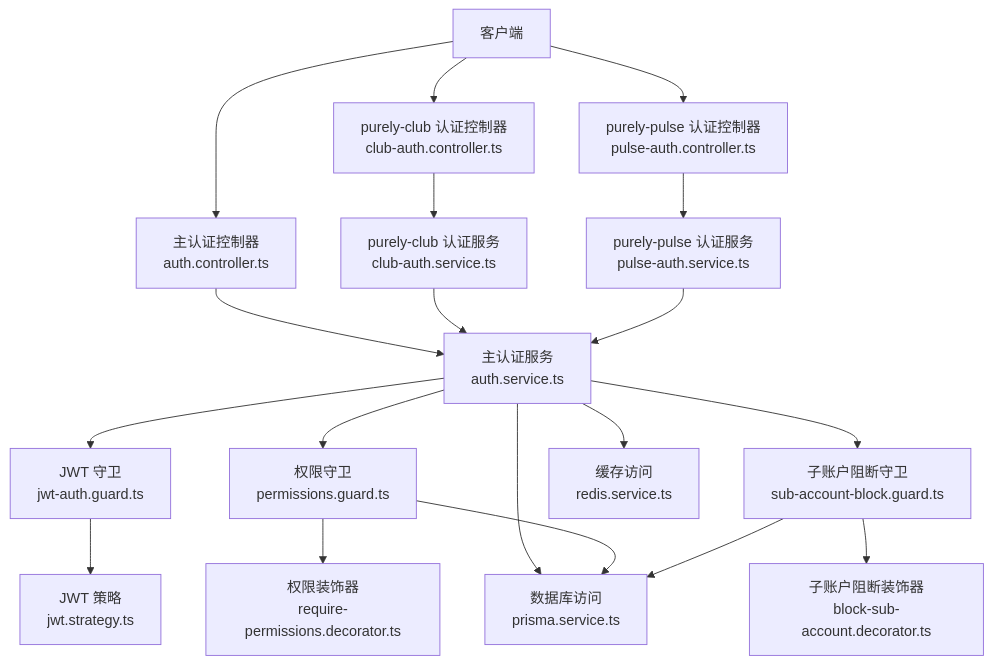
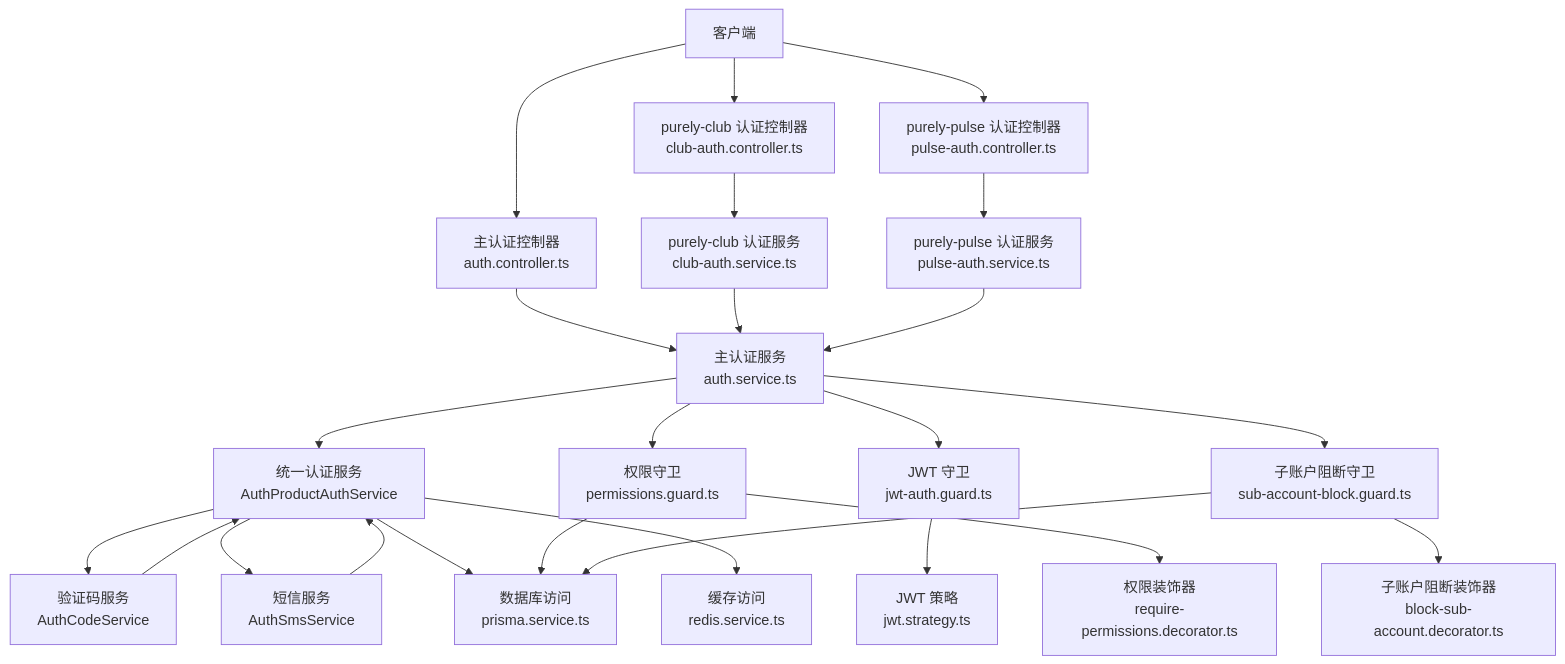
Before and after one commit to rc558620/purelyprofit-server: the second of 12 diagrams in .qoder/repowiki/zh/content/认证授权系统/认证授权系统.md, drawn with Mermaid. The commit also changed other lines of this file and 534 other files, not shown here.

````diff
--- a/.qoder/repowiki/zh/content/认证授权系统/认证授权系统.md
+++ b/.qoder/repowiki/zh/content/认证授权系统/认证授权系统.md
@@ -181,21 +212,26 @@
 ```mermaid
 graph TB
 Client["客户端"] --> MainAPI["主认证控制器<br/>auth.controller.ts"]
 Client --> ClubAPI["purely-club 认证控制器<br/>club-auth.controller.ts"]
 Client --> PulseAPI["purely-pulse 认证控制器<br/>pulse-auth.controller.ts"]
 MainAPI --> MainAuthSvc["主认证服务<br/>auth.service.ts"]
 ClubAPI --> ClubAuthSvc["purely-club 认证服务<br/>club-auth.service.ts"]
 PulseAPI --> PulseAuthSvc["purely-pulse 认证服务<br/>pulse-auth.service.ts"]
+MainAuthSvc --> UnifiedAuth["统一认证服务<br/>AuthProductAuthService"]
+UnifiedAuth --> CodeSvc["验证码服务<br/>AuthCodeService"]
+UnifiedAuth --> SmsSvc["短信服务<br/>AuthSmsService"]
 MainAuthSvc --> JwtGuard["JWT 守卫<br/>jwt-auth.guard.ts"]
 JwtGuard --> JwtStrategy["JWT 策略<br/>jwt.strategy.ts"]
 MainAuthSvc --> PermGuard["权限守卫<br/>permissions.guard.ts"]
 PermGuard --> Decorators["权限装饰器<br/>require-permissions.decorator.ts"]
 MainAuthSvc --> SubAccBlock["子账户阻断守卫<br/>sub-account-block.guard.ts"]
 SubAccBlock --> SubAccDecorators["子账户阻断装饰器<br/>block-sub-account.decorator.ts"]
 ClubAuthSvc --> MainAuthSvc
 PulseAuthSvc --> MainAuthSvc
-MainAuthSvc --> Prisma["数据库访问<br/>prisma.service.ts"]
-MainAuthSvc --> Redis["缓存访问<br/>redis.service.ts"]
+UnifiedAuth --> Prisma["数据库访问<br/>prisma.service.ts"]
+UnifiedAuth --> Redis["缓存访问<br/>redis.service.ts"]
+SmsSvc --> UnifiedAuth
+CodeSvc --> UnifiedAuth
 PermGuard --> Prisma
 SubAccBlock --> Prisma
 ```
````
